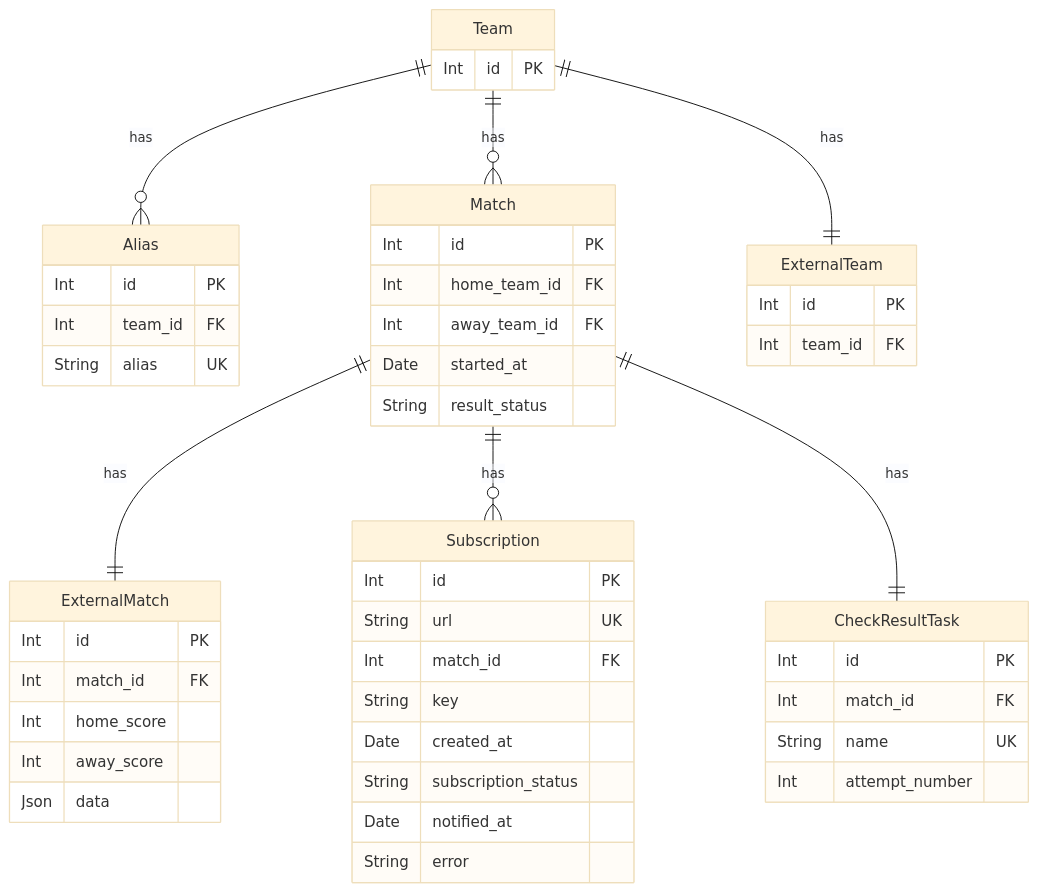
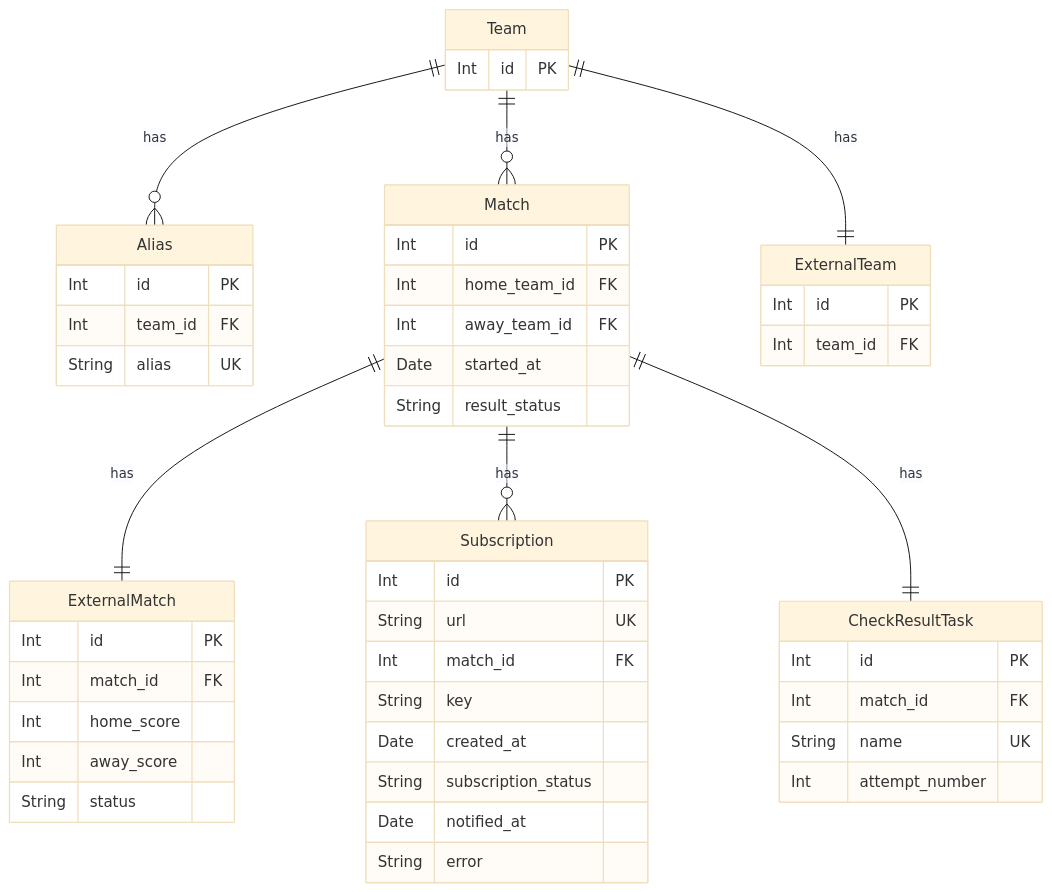
The first of 7 diagrams in README.md (andrewshostak/result-service), drawn with Mermaid (base theme) before and after one commit. The commit also changed other lines of this file and 4 other files, not shown here.

````diff
--- a/README.md
+++ b/README.md
@@ -25,58 +25,58 @@
 ```mermaid
 erDiagram
     Team {
         Int id PK
     }
     
     Alias {
         Int id PK
         Int team_id FK
         String alias UK 
     }
     
     Match {
         Int id PK
         Int home_team_id FK
         Int away_team_id FK
         Date started_at
         String result_status
     }
     
     ExternalMatch {
         Int id PK
         Int match_id FK
         Int home_score
         Int away_score
-        Json data
+        String status
     }
     
     Subscription {
         Int id PK
         String url UK
         Int match_id FK
         String key
         Date created_at
         String subscription_status
         Date notified_at
         String error
     }
     
     ExternalTeam {
         Int id PK
         Int team_id FK
     }
     
     CheckResultTask {
         Int id PK
         Int match_id FK
         String name UK
         Int attempt_number
     }
     
     Team ||--o{ Alias : has 
     Team ||--o{ Match : has
     Match ||--|| ExternalMatch : has
     Match ||--o{ Subscription : has
     Team ||--|| ExternalTeam : has
     Match ||--|| CheckResultTask : has
 ```
````
